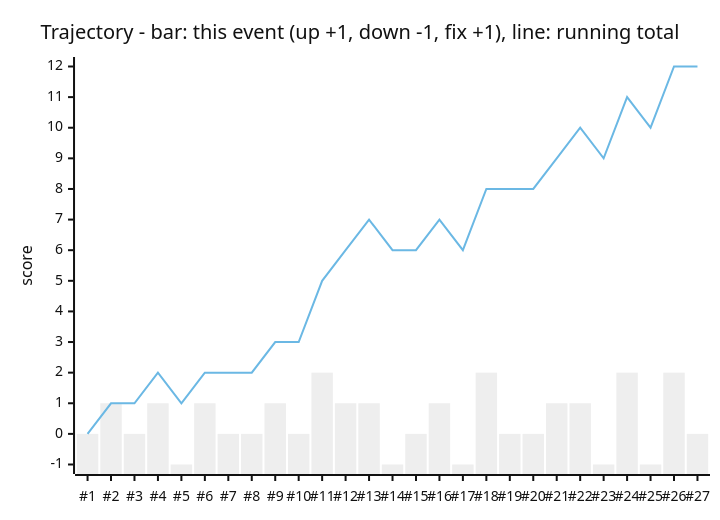
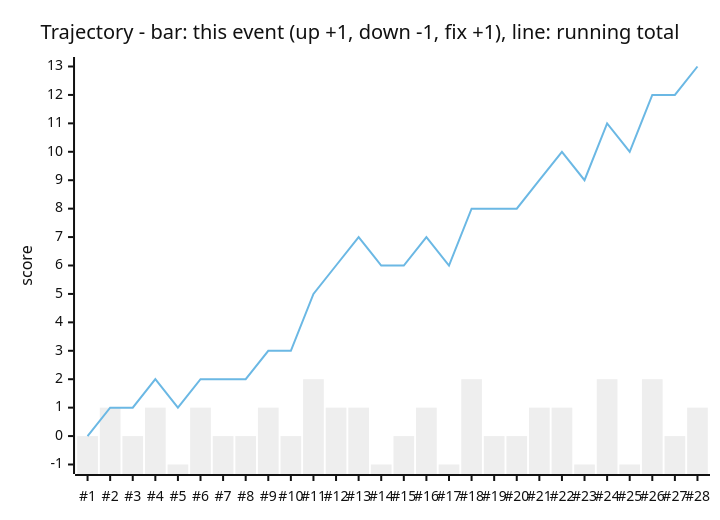
Before and after one commit to mahdighandi1989/Lifemanager: the fourth of 5 diagrams in apps/learning-architecture/docs/HANDBOOK.md, drawn with Mermaid (neutral theme). The commit also changed other lines of this file and 23 other files, not shown here.

First line of the commit message:
feat(learning-architecture): Google Drive mirror — one folder + one tabbed spreadsheet per case, topic and the course under LifeManagerData/learning-architecture, linked from the page

````diff
--- a/apps/learning-architecture/docs/HANDBOOK.md
+++ b/apps/learning-architecture/docs/HANDBOOK.md
@@ -330,8 +332,8 @@
 ```mermaid
 xychart-beta
     title "Trajectory - bar: this event (up +1, down -1, fix +1), line: running total"
-    x-axis ["#1", "#2", "#3", "#4", "#5", "#6", "#7", "#8", "#9", "#10", "#11", "#12", "#13", "#14", "#15", "#16", "#17", "#18", "#19", "#20", "#21", "#22", "#23", "#24", "#25", "#26", "#27"]
-    y-axis "score" -1 --> 12
-    bar [0, 1, 0, 1, -1, 1, 0, 0, 1, 0, 2, 1, 1, -1, 0, 1, -1, 2, 0, 0, 1, 1, -1, 2, -1, 2, 0]
-    line [0, 1, 1, 2, 1, 2, 2, 2, 3, 3, 5, 6, 7, 6, 6, 7, 6, 8, 8, 8, 9, 10, 9, 11, 10, 12, 12]
+    x-axis ["#1", "#2", "#3", "#4", "#5", "#6", "#7", "#8", "#9", "#10", "#11", "#12", "#13", "#14", "#15", "#16", "#17", "#18", "#19", "#20", "#21", "#22", "#23", "#24", "#25", "#26", "#27", "#28"]
+    y-axis "score" -1 --> 13
+    bar [0, 1, 0, 1, -1, 1, 0, 0, 1, 0, 2, 1, 1, -1, 0, 1, -1, 2, 0, 0, 1, 1, -1, 2, -1, 2, 0, 1]
+    line [0, 1, 1, 2, 1, 2, 2, 2, 3, 3, 5, 6, 7, 6, 6, 7, 6, 8, 8, 8, 9, 10, 9, 11, 10, 12, 12, 13]
 ```
````
